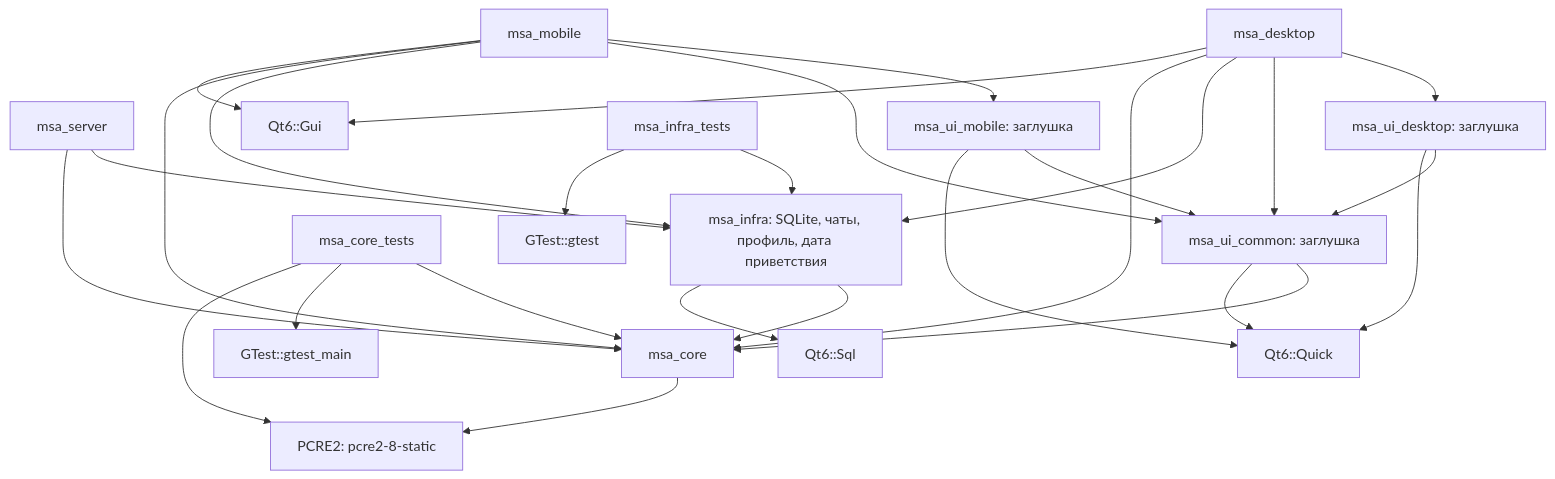
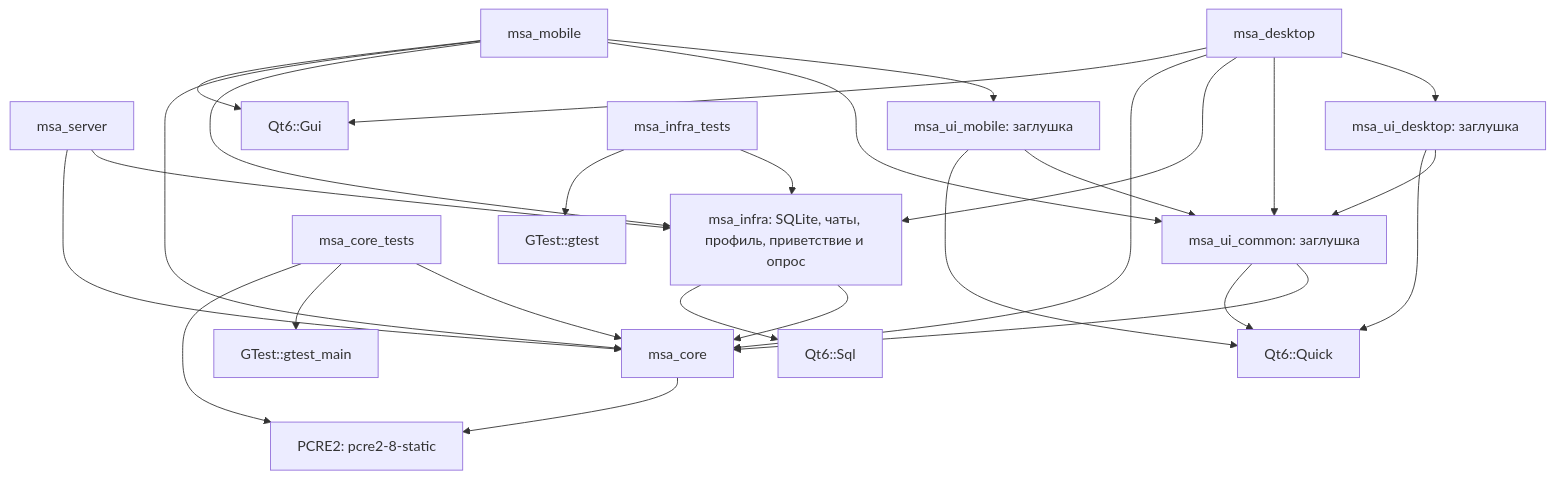
Before and after one commit to TasFoma/MySuperAssistant: the first of 2 diagrams in docs/architecture.md, drawn with Mermaid. The commit also changed other lines of this file and 14 other files, not shown here.

````diff
--- a/docs/architecture.md
+++ b/docs/architecture.md
@@ -48,29 +49,29 @@
 ```mermaid
 flowchart TD
-    server[msa_server] --> infra[msa_infra: SQLite, чаты, профиль, дата приветствия]
+    server[msa_server] --> infra[msa_infra: SQLite, чаты, профиль, приветствие и опрос]
     server --> core[msa_core]
     desktop[msa_desktop] --> desktopUI[msa_ui_desktop: заглушка]
     desktop --> common[msa_ui_common: заглушка]
     desktop --> infra
     desktop --> core
     desktop --> gui[Qt6::Gui]
     mobile[msa_mobile] --> mobileUI[msa_ui_mobile: заглушка]
     mobile --> common
     mobile --> infra
     mobile --> core
     mobile --> gui
     desktopUI --> common
     desktopUI --> quick[Qt6::Quick]
     mobileUI --> common
     mobileUI --> quick
     common --> core
     common --> quick
     infra --> core
     infra --> sql[Qt6::Sql]
     core --> pcre[PCRE2: pcre2-8-static]
     tests[msa_core_tests] --> core
     tests --> gtest[GTest::gtest_main]
     tests --> pcre
     infraTests[msa_infra_tests] --> infra
     infraTests --> infraGtest[GTest::gtest]
 ```
````
